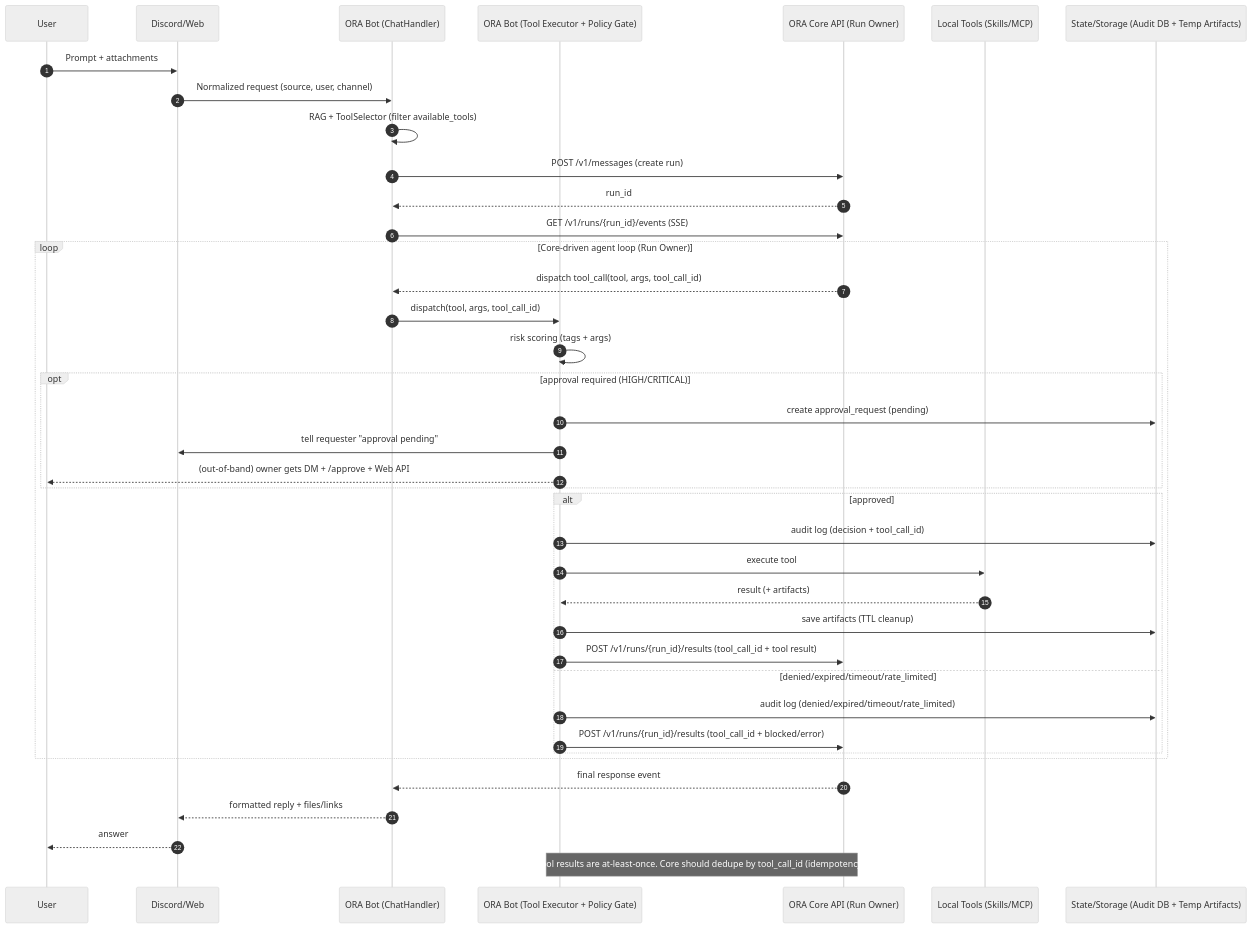
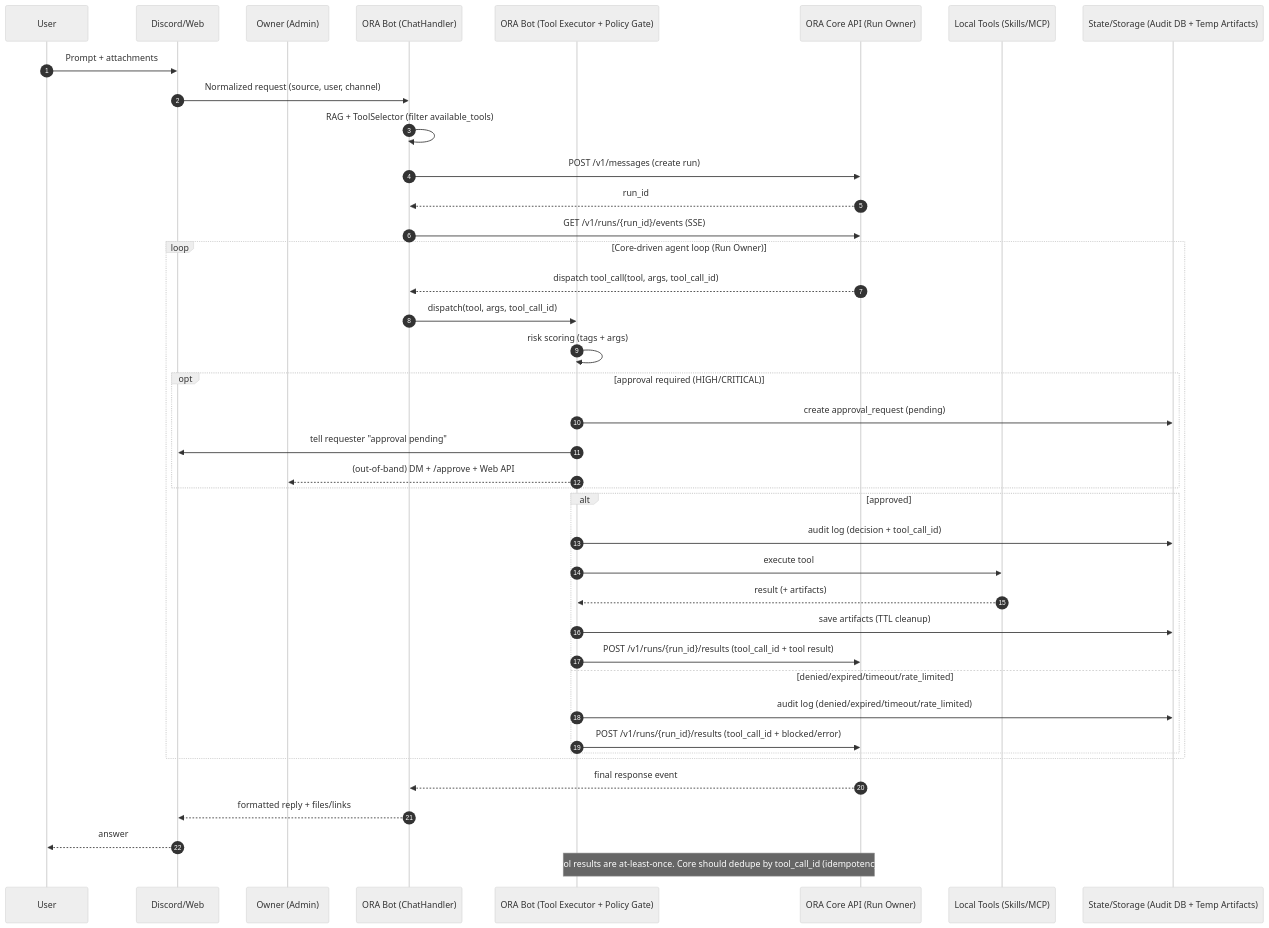
Before and after one commit to YoneRai12/YonerAI: the diagram in README.md, drawn with Mermaid. The commit also changed 1 other file, not shown here.

Commit message:
docs: clarify owner approval actor in sequence diagram

````diff
--- a/README.md
+++ b/README.md
@@ -194,46 +194,47 @@
 ```mermaid
 %%{init: {"theme":"neutral"}}%%
 sequenceDiagram
     autonumber
     participant U as User
     participant P as Discord/Web
+    participant O as Owner (Admin)
     participant CH as ORA Bot (ChatHandler)
     participant EX as ORA Bot (Tool Executor + Policy Gate)
     participant CORE as ORA Core API (Run Owner)
     participant LT as Local Tools (Skills/MCP)
     participant ST as State/Storage (Audit DB + Temp Artifacts)
 
     U->>P: Prompt + attachments
     P->>CH: Normalized request (source, user, channel)
     CH->>CH: RAG + ToolSelector (filter available_tools)
     CH->>CORE: POST /v1/messages (create run)
     CORE-->>CH: run_id
     CH->>CORE: GET /v1/runs/{run_id}/events (SSE)
 
     loop Core-driven agent loop (Run Owner)
         CORE-->>CH: dispatch tool_call(tool, args, tool_call_id)
         CH->>EX: dispatch(tool, args, tool_call_id)
         EX->>EX: risk scoring (tags + args)
         opt approval required (HIGH/CRITICAL)
             EX->>ST: create approval_request (pending)
             EX->>P: tell requester "approval pending"
-            EX-->>U: (out-of-band) owner gets DM + /approve + Web API
+            EX-->>O: (out-of-band) DM + /approve + Web API
         end
         alt approved
             EX->>ST: audit log (decision + tool_call_id)
             EX->>LT: execute tool
             LT-->>EX: result (+ artifacts)
             EX->>ST: save artifacts (TTL cleanup)
             EX->>CORE: POST /v1/runs/{run_id}/results (tool_call_id + tool result)
         else denied/expired/timeout/rate_limited
             EX->>ST: audit log (denied/expired/timeout/rate_limited)
             EX->>CORE: POST /v1/runs/{run_id}/results (tool_call_id + blocked/error)
         end
     end
 
     CORE-->>CH: final response event
     CH-->>P: formatted reply + files/links
     P-->>U: answer
 
     Note over EX,CORE: Tool results are at-least-once. Core should dedupe by tool_call_id (idempotency).
 ```
````
